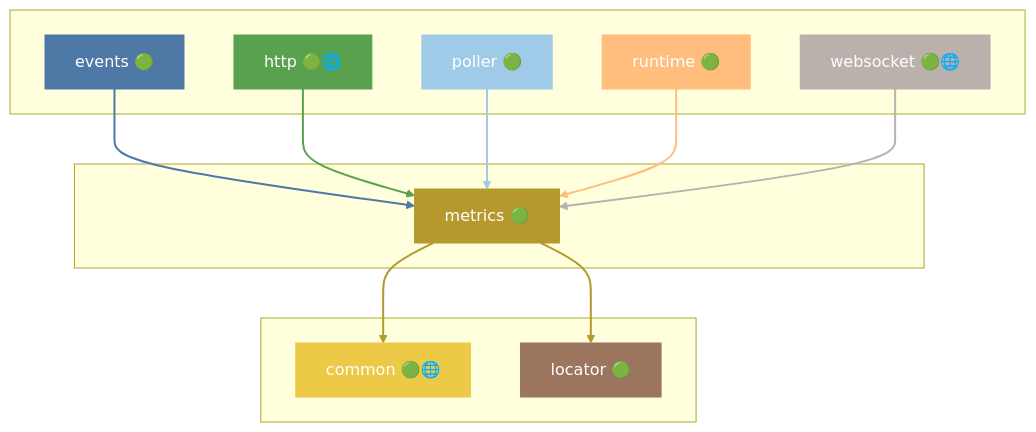
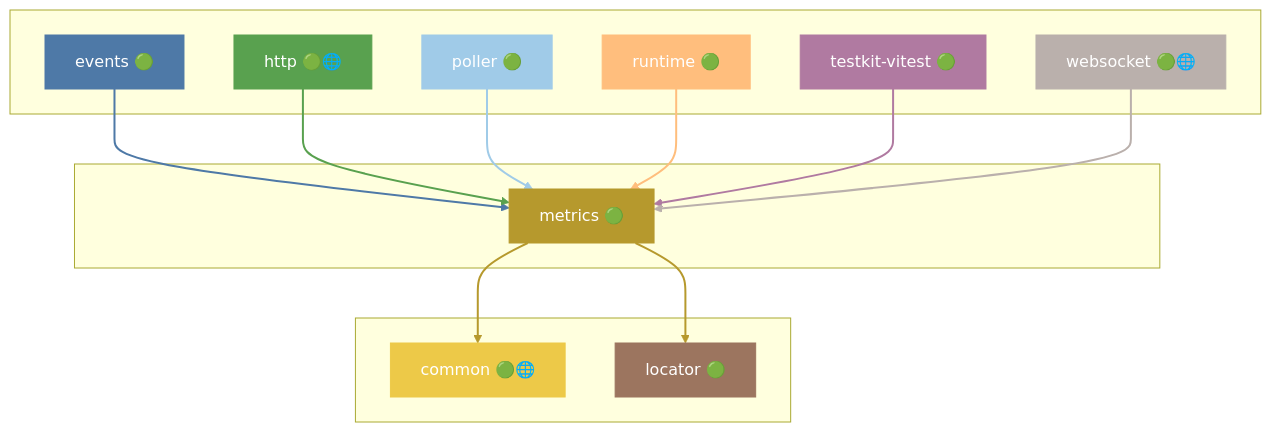
Before and after one commit to grest-ts/grest-ts: diagram 32 of 47 in docs/DEPENDENCIES.md, drawn with Mermaid. The commit also changed other lines of this file and 93 other files, not shown here.

````diff
--- a/docs/DEPENDENCIES.md
+++ b/docs/DEPENDENCIES.md
@@ -1619,39 +1659,43 @@
 ```mermaid
 flowchart TB
     subgraph Dependents[" "]
         events["events 🟢"]
         http["http 🟢🌐"]
         poller["poller 🟢"]
         runtime["runtime 🟢"]
+        testkit-vitest["testkit-vitest 🟢"]
         websocket["websocket 🟢🌐"]
     end
     subgraph Package[" "]
         metrics["metrics 🟢"]
     end
     subgraph Dependencies[" "]
         common["common 🟢🌐"]
         locator["locator 🟢"]
     end
     events --> metrics
     http --> metrics
     poller --> metrics
     runtime --> metrics
+    testkit-vitest --> metrics
     websocket --> metrics
     metrics --> common
     metrics --> locator
     style metrics fill:#B6992D,stroke:#B6992D,color:#fff
     style events fill:#4E79A7,stroke:#4E79A7,color:#fff
     style http fill:#59A14F,stroke:#59A14F,color:#fff
     style poller fill:#A0CBE8,stroke:#A0CBE8,color:#fff
     style runtime fill:#FFBE7D,stroke:#FFBE7D,color:#fff
+    style testkit-vitest fill:#B07AA1,stroke:#B07AA1,color:#fff
     style websocket fill:#BAB0AC,stroke:#BAB0AC,color:#fff
     style common fill:#EDC948,stroke:#EDC948,color:#fff
     style locator fill:#9C755F,stroke:#9C755F,color:#fff
     linkStyle 0 stroke:#4E79A7,stroke-width:2px
     linkStyle 1 stroke:#59A14F,stroke-width:2px
     linkStyle 2 stroke:#A0CBE8,stroke-width:2px
     linkStyle 3 stroke:#FFBE7D,stroke-width:2px
-    linkStyle 4 stroke:#BAB0AC,stroke-width:2px
-    linkStyle 5 stroke:#B6992D,stroke-width:2px
+    linkStyle 4 stroke:#B07AA1,stroke-width:2px
+    linkStyle 5 stroke:#BAB0AC,stroke-width:2px
     linkStyle 6 stroke:#B6992D,stroke-width:2px
+    linkStyle 7 stroke:#B6992D,stroke-width:2px
 ```
````
